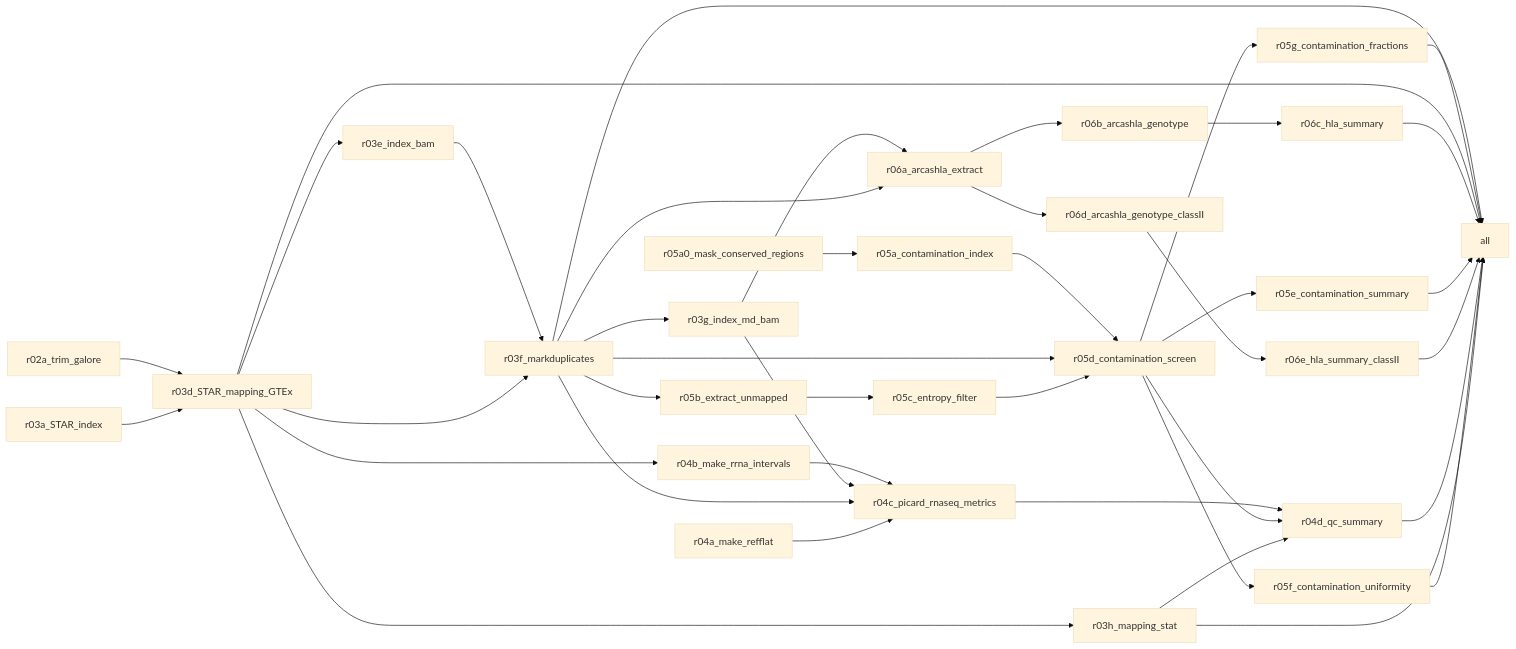
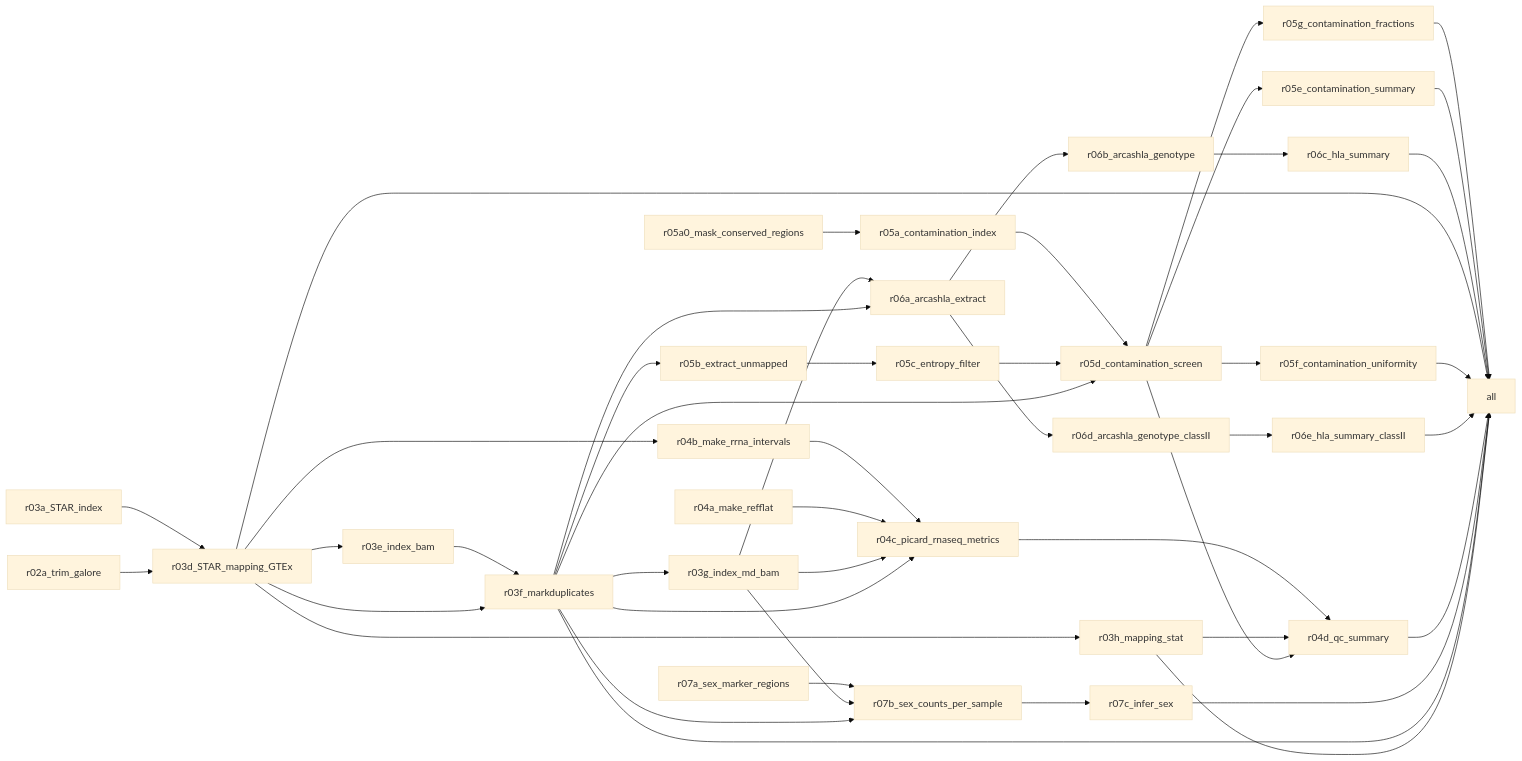
One commit to nikolayquadrat/lpb-ex-ome-presession changed the second of 2 diagrams in README.md. Above: the diagram before and after it, drawn with Mermaid (base theme). The commit also changed other lines of this file, not shown here.

Commit message:
Add sex inference descriptions

````diff
--- a/README.md
+++ b/README.md
@@ -222,67 +224,75 @@
 ```mermaid
 flowchart LR
 	id0[all]
 	id1[r03f_markduplicates]
 	id2[r03d_STAR_mapping_GTEx]
 	id3[r02a_trim_galore]
 	id4[r03a_STAR_index]
 	id5[r03e_index_bam]
 	id6[r03h_mapping_stat]
 	id7[r04d_qc_summary]
 	id8[r04c_picard_rnaseq_metrics]
 	id9[r03g_index_md_bam]
 	id10[r04a_make_refflat]
 	id11[r04b_make_rrna_intervals]
 	id12[r05d_contamination_screen]
 	id13[r05c_entropy_filter]
 	id14[r05b_extract_unmapped]
 	id15[r05a_contamination_index]
 	id16[r05a0_mask_conserved_regions]
 	id17[r05e_contamination_summary]
 	id18[r05f_contamination_uniformity]
 	id19[r05g_contamination_fractions]
 	id20[r06c_hla_summary]
 	id21[r06b_arcashla_genotype]
 	id22[r06a_arcashla_extract]
 	id23[r06e_hla_summary_classII]
 	id24[r06d_arcashla_genotype_classII]
-	id1 --> id0
+	id25[r07c_infer_sex]
+	id26[r07b_sex_counts_per_sample]
+	id27[r07a_sex_marker_regions]
 	id19 --> id0
+	id17 --> id0
+	id20 --> id0
 	id2 --> id0
-	id20 --> id0
-	id17 --> id0
+	id18 --> id0
 	id23 --> id0
 	id7 --> id0
-	id18 --> id0
+	id25 --> id0
+	id1 --> id0
 	id6 --> id0
 	id5 --> id1
 	id2 --> id1
+	id4 --> id2
 	id3 --> id2
-	id4 --> id2
 	id2 --> id5
 	id2 --> id6
 	id8 --> id7
+	id6 --> id7
 	id12 --> id7
-	id6 --> id7
 	id11 --> id8
+	id10 --> id8
 	id9 --> id8
 	id1 --> id8
-	id10 --> id8
 	id1 --> id9
 	id2 --> id11
 	id15 --> id12
+	id13 --> id12
 	id1 --> id12
-	id13 --> id12
 	id14 --> id13
 	id1 --> id14
 	id16 --> id15
 	id12 --> id17
 	id12 --> id18
 	id12 --> id19
 	id21 --> id20
 	id22 --> id21
 	id9 --> id22
 	id1 --> id22
 	id24 --> id23
 	id22 --> id24
+	id26 --> id25
+	id27 --> id26
+	id9 --> id26
+	id1 --> id26
 ```
````
